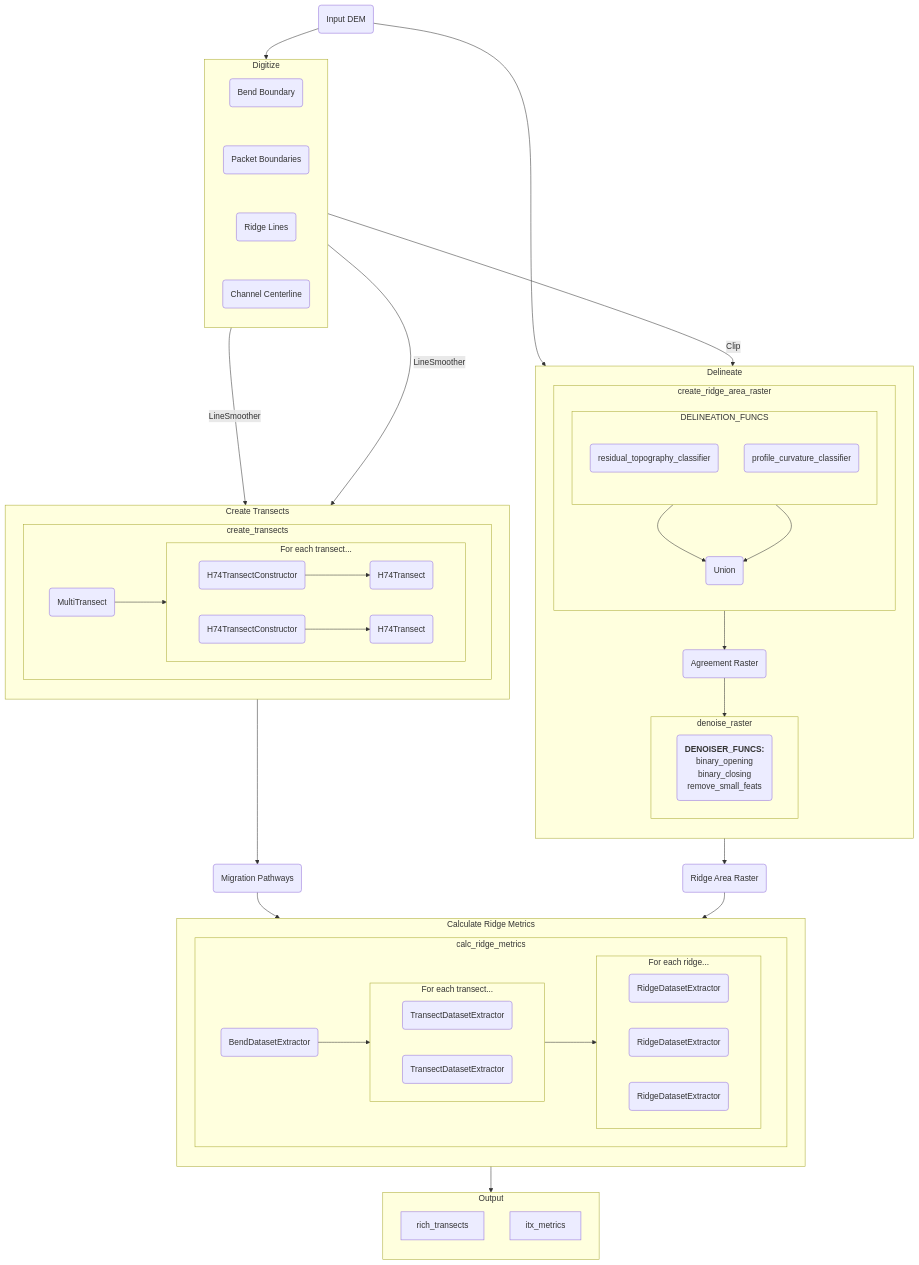
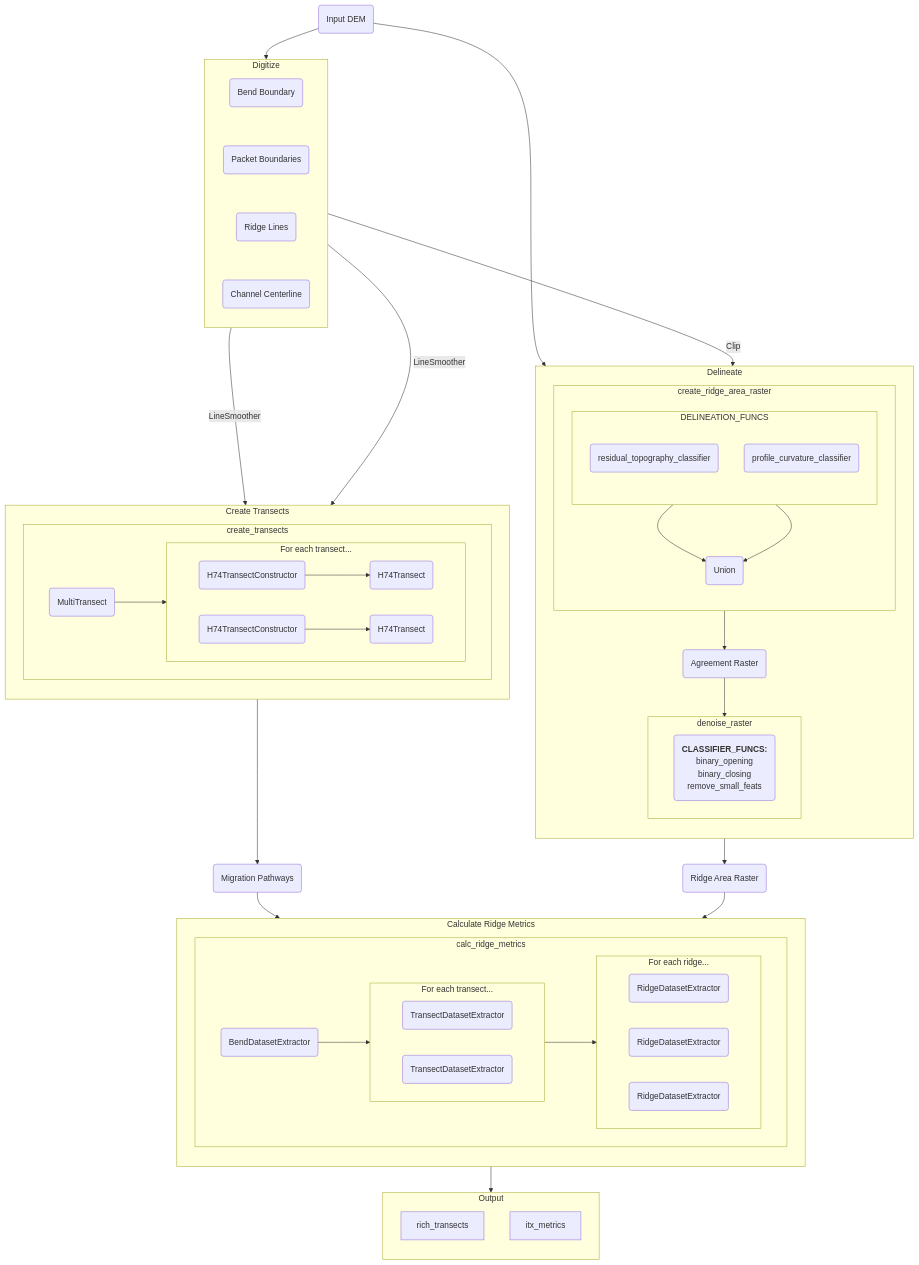
Before and after one commit to tamu-edu/scrollstats: the diagram in ARCHITECTURE.md, drawn with Mermaid.

Commit message:
updated CLASSIFIER_FUNCS name

```diff
--- a/ARCHITECTURE.md
+++ b/ARCHITECTURE.md
@@ -88,7 +88,7 @@
 	end
 
     subgraph denoise_raster
-        DF("`**DENOISER_FUNCS:**
+        DF("`**CLASSIFIER_FUNCS:**
             binary_opening
             binary_closing
             remove_small_feats`")
```
